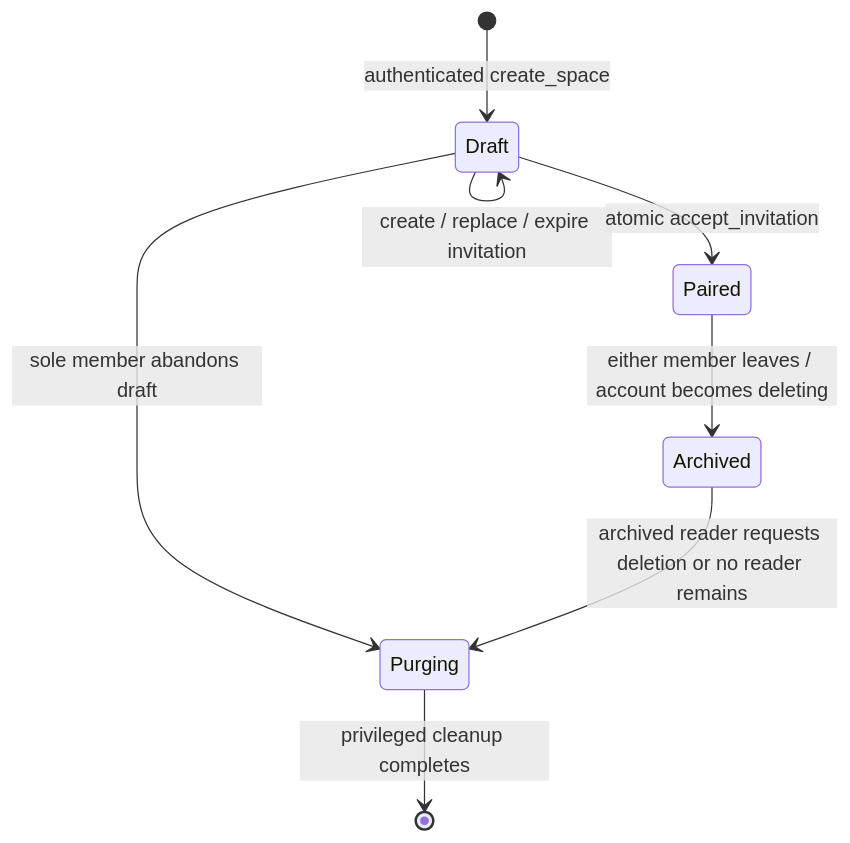
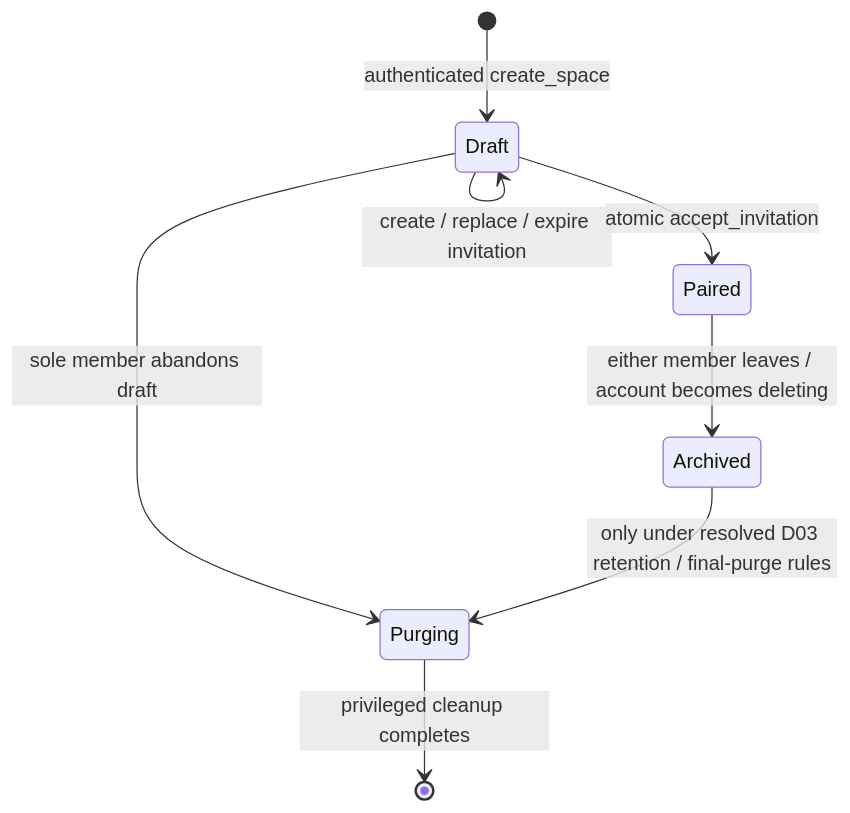
Before and after one commit to oronex-dev/twogethera: the first of 2 diagrams in docs/architecture/PARTNER_LINKING.md, drawn with Mermaid. The commit also changed other lines of this file and 19 other files, not shown here.

Commit message:
test: establish Twogethera security proof and architecture review

````diff
--- a/docs/architecture/PARTNER_LINKING.md
+++ b/docs/architecture/PARTNER_LINKING.md
@@ -9,10 +11,10 @@
 ```mermaid
 stateDiagram-v2
     [*] --> Draft: authenticated create_space
     Draft --> Draft: create / replace / expire invitation
     Draft --> Paired: atomic accept_invitation
     Draft --> Purging: sole member abandons draft
     Paired --> Archived: either member leaves / account becomes deleting
-    Archived --> Purging: archived reader requests deletion or no reader remains
+    Archived --> Purging: only under resolved D03 retention / final-purge rules
     Purging --> [*]: privileged cleanup completes
 ```
````
